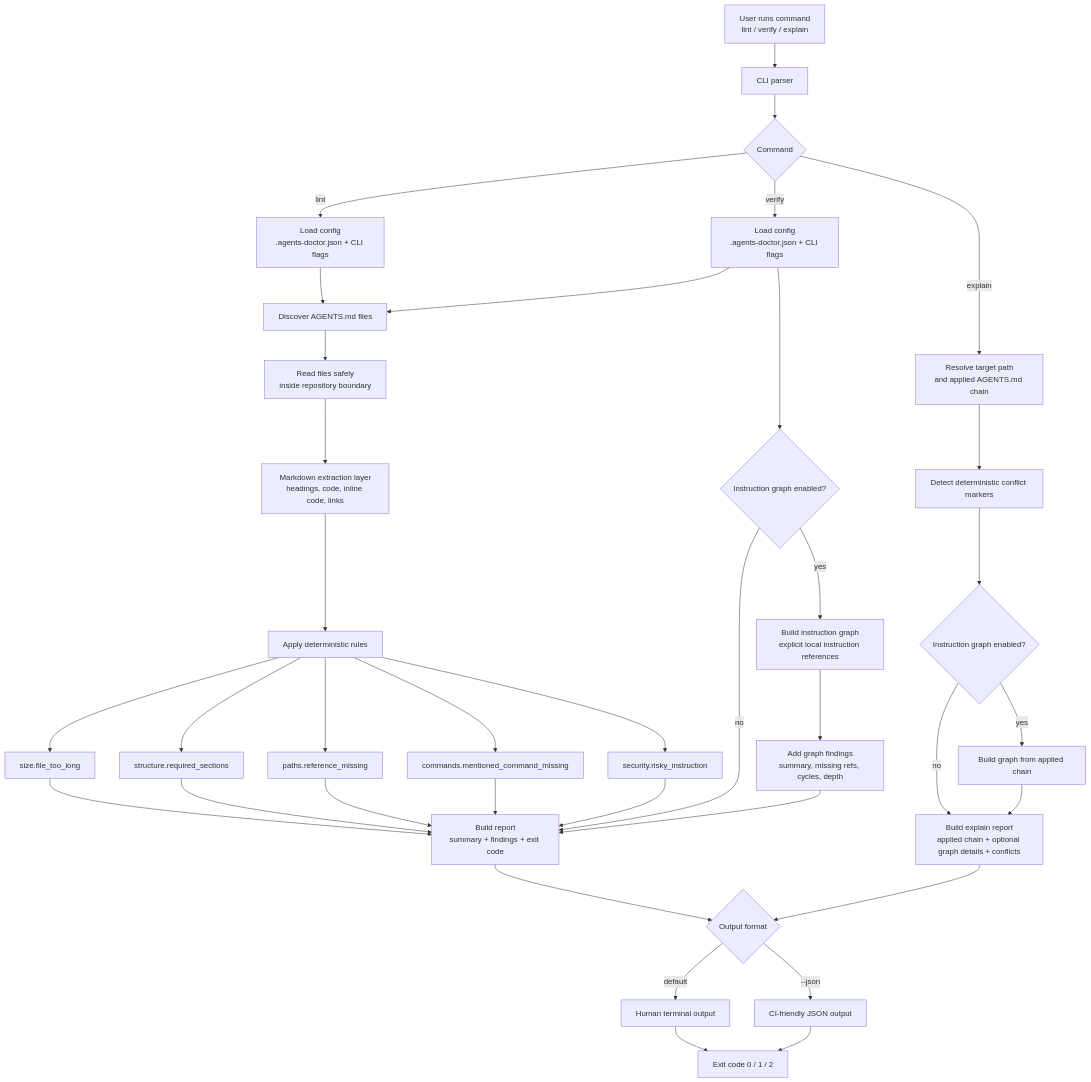
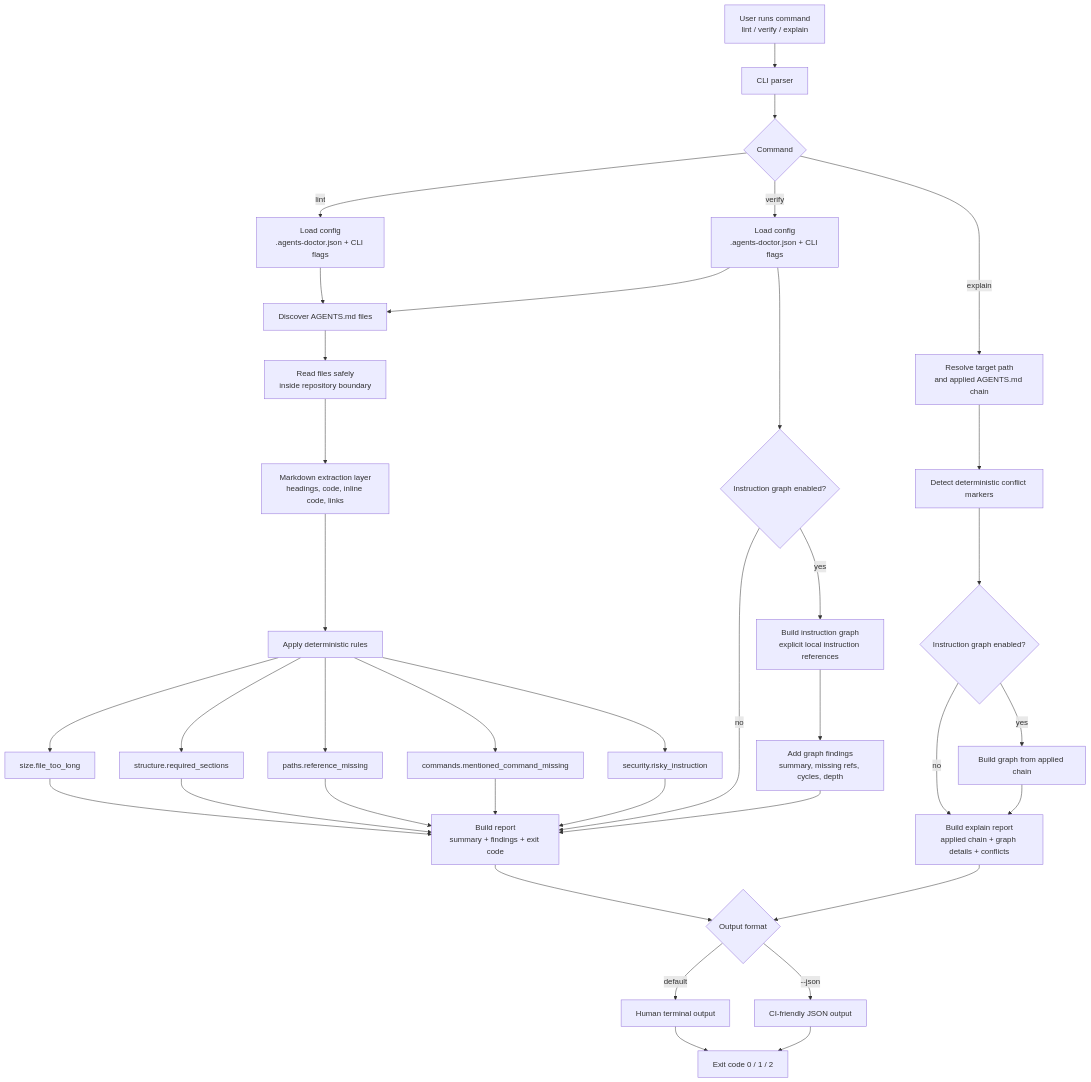
The diagram in docs/how-it-works.md (ItsHege/agents-md-doctor), drawn with Mermaid before and after one commit. The commit also changed 7 other files, not shown here.

Commit message:
docs: align instruction graph documentation

````diff
--- a/docs/how-it-works.md
+++ b/docs/how-it-works.md
@@ -11,49 +11,49 @@
 ```mermaid
 flowchart TD
     A["User runs command<br/>lint / verify / explain"] --> B["CLI parser"]
     B --> C{"Command"}
 
     C -->|lint| L1["Load config<br/>.agents-doctor.json + CLI flags"]
     C -->|verify| V1["Load config<br/>.agents-doctor.json + CLI flags"]
     C -->|explain| E1["Resolve target path<br/>and applied AGENTS.md chain"]
 
     L1 --> D["Discover AGENTS.md files"]
     V1 --> D
 
     D --> R["Read files safely<br/>inside repository boundary"]
     R --> M["Markdown extraction layer<br/>headings, code, inline code, links"]
     M --> RL["Apply deterministic rules"]
 
     RL --> F1["size.file_too_long"]
     RL --> F2["structure.required_sections"]
     RL --> F3["paths.reference_missing"]
     RL --> F4["commands.mentioned_command_missing"]
     RL --> F5["security.risky_instruction"]
 
     F1 --> REP["Build report<br/>summary + findings + exit code"]
     F2 --> REP
     F3 --> REP
     F4 --> REP
     F5 --> REP
 
     V1 --> G1{"Instruction graph enabled?"}
     G1 -->|yes| G2["Build instruction graph<br/>explicit local instruction references"]
     G1 -->|no| REP
     G2 --> G3["Add graph findings<br/>summary, missing refs, cycles, depth"]
     G3 --> REP
 
     E1 --> E2["Detect deterministic conflict markers"]
     E2 --> E3{"Instruction graph enabled?"}
     E3 -->|yes| E4["Build graph from applied chain"]
-    E3 -->|no| REP2["Build explain report<br/>applied chain + optional graph details + conflicts"]
+    E3 -->|no| REP2["Build explain report<br/>applied chain + graph details + conflicts"]
     E4 --> REP2
 
     REP --> OUT{"Output format"}
     REP2 --> OUT
 
     OUT -->|default| H["Human terminal output"]
     OUT -->|--json| J["CI-friendly JSON output"]
 
     H --> X["Exit code 0 / 1 / 2"]
     J --> X
 ```
````
